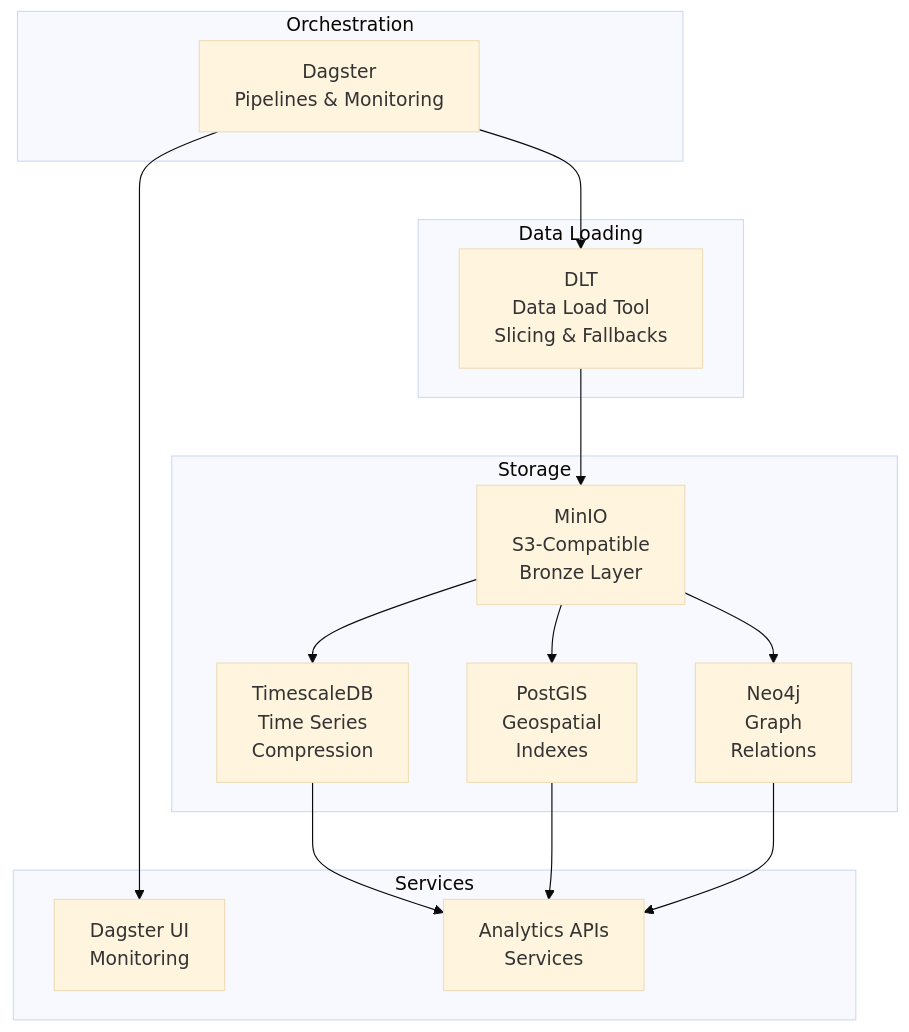
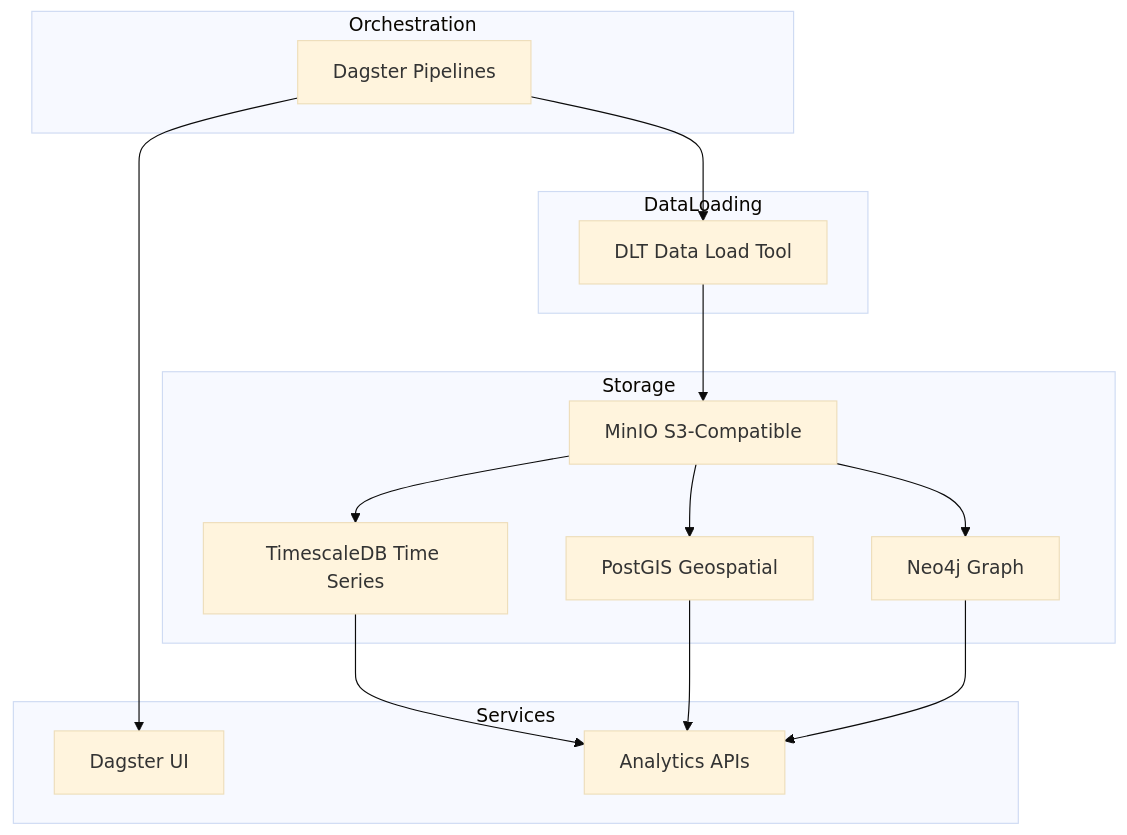
The fourth of 4 diagrams in docs/ARCHITECTURE_MODERNE.md (xairon/hubeau_data_integration), drawn with Mermaid (base theme) before and after one commit. The commit also changed other lines of this file, not shown here.

First line of the commit message:
fix: Simplification extreme diagrammes Mermaid ARCHITECTURE_MODERNE.md

````diff
--- a/docs/ARCHITECTURE_MODERNE.md
+++ b/docs/ARCHITECTURE_MODERNE.md
@@ -179,33 +118,33 @@
 ```mermaid
 graph TB
-    subgraph Orchestration["Orchestration"]
-        DAGSTER["Dagster<br/>Pipelines & Monitoring"]
+    subgraph Orchestration
+        DAGSTER[Dagster Pipelines]
     end
     
-    subgraph DataLoading["Data Loading"]
-        DLT["DLT<br/>Data Load Tool<br/>Slicing & Fallbacks"]
+    subgraph DataLoading
+        DLT[DLT Data Load Tool]
     end
     
-    subgraph Storage["Storage"]
-        MINIO["MinIO<br/>S3-Compatible<br/>Bronze Layer"]
-        TS["TimescaleDB<br/>Time Series<br/>Compression"]
-        PG["PostGIS<br/>Geospatial<br/>Indexes"]
-        NEO["Neo4j<br/>Graph<br/>Relations"]
+    subgraph Storage
+        MINIO[MinIO S3-Compatible]
+        TS[TimescaleDB Time Series]
+        PG[PostGIS Geospatial]
+        NEO[Neo4j Graph]
     end
     
-    subgraph Services["Services"]
-        UI["Dagster UI<br/>Monitoring"]
-        API["Analytics APIs<br/>Services"]
+    subgraph Services
+        UI[Dagster UI]
+        API[Analytics APIs]
     end
     
     DAGSTER --> DLT
     DLT --> MINIO
     MINIO --> TS
     MINIO --> PG
     MINIO --> NEO
     
     DAGSTER --> UI
     TS --> API
     PG --> API
     NEO --> API
 ```
````
